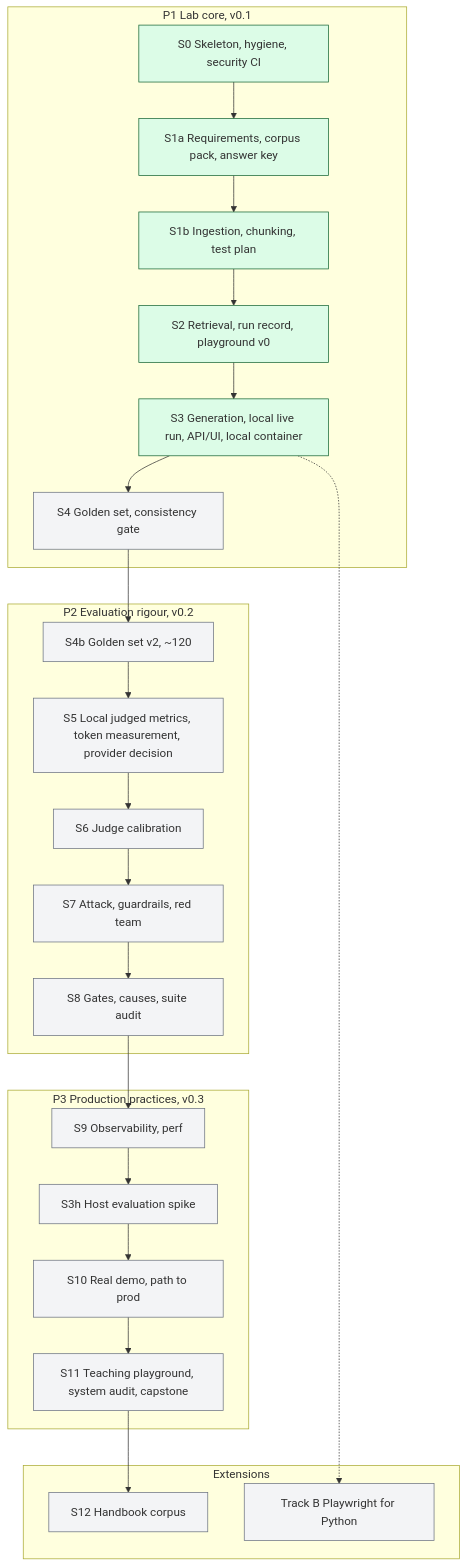
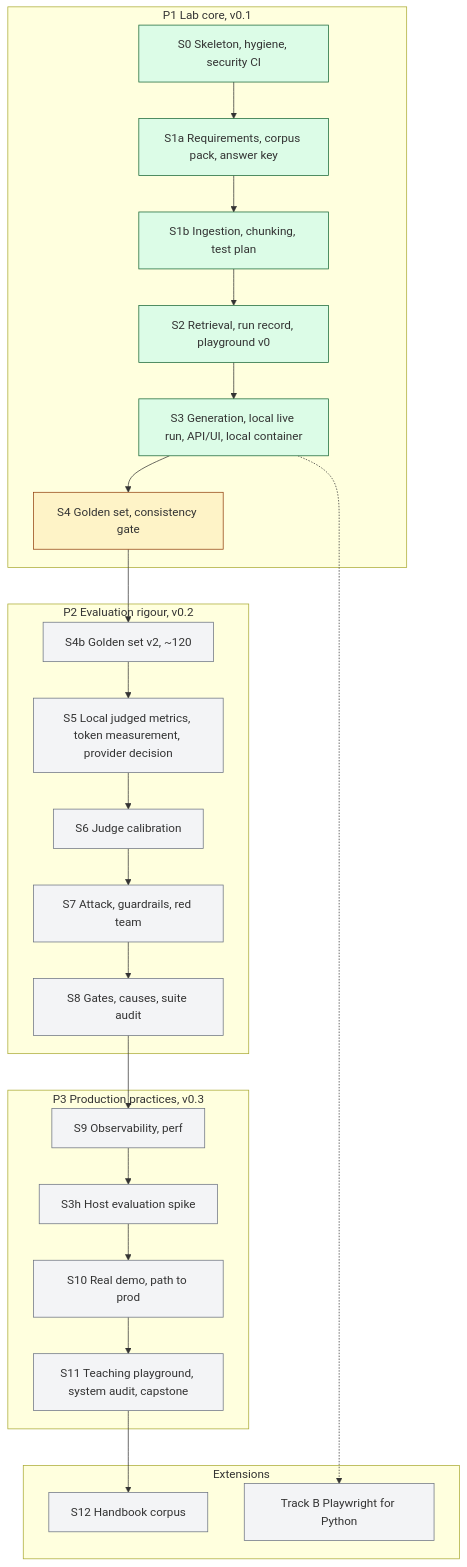
One commit to willcoliveira/ai-testing-rag-lab changed the diagram in README.md. Above: the diagram before and after it, drawn with Mermaid. The commit also changed other lines of this file and 6 other files, not shown here.

````diff
--- a/README.md
+++ b/README.md
@@ -23,25 +23,26 @@
 ```mermaid
 flowchart TB
   subgraph P1[P1 Lab core, v0.1]
     S0[S0 Skeleton, hygiene, security CI] --> S1a[S1a Requirements, corpus pack, answer key] --> S1b[S1b Ingestion, chunking, test plan] --> S2[S2 Retrieval, run record, playground v0] --> S3[S3 Generation, local live run, API/UI, local container] --> S4[S4 Golden set, consistency gate]
   end
   subgraph P2[P2 Evaluation rigour, v0.2]
     S4b[S4b Golden set v2, ~120] --> S5[S5 Local judged metrics, token measurement, provider decision] --> S6[S6 Judge calibration] --> S7[S7 Attack, guardrails, red team] --> S8[S8 Gates, causes, suite audit]
   end
   subgraph P3[P3 Production practices, v0.3]
     S9[S9 Observability, perf] --> S3h[S3h Host evaluation spike] --> S10[S10 Real demo, path to prod] --> S11[S11 Teaching playground, system audit, capstone]
   end
   subgraph EXT[Extensions]
     S12[S12 Handbook corpus]
     B[Track B Playwright for Python]
   end
   S4 --> S4b
   S8 --> S9
   S11 --> S12
   S3 -.-> B
   classDef todo fill:#f3f4f6,stroke:#6b7280
   classDef wip fill:#fef3c7,stroke:#92400e
   classDef done fill:#dcfce7,stroke:#166534
   class S0,S1a,S1b,S2,S3 done
-  class S3h,S4,S4b,S5,S6,S7,S8,S9,S10,S11,S12,B todo
+  class S4 wip
+  class S3h,S4b,S5,S6,S7,S8,S9,S10,S11,S12,B todo
 ```
````
